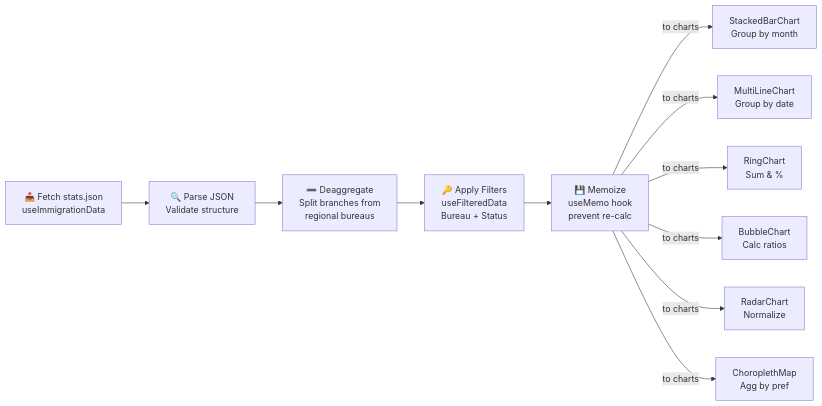
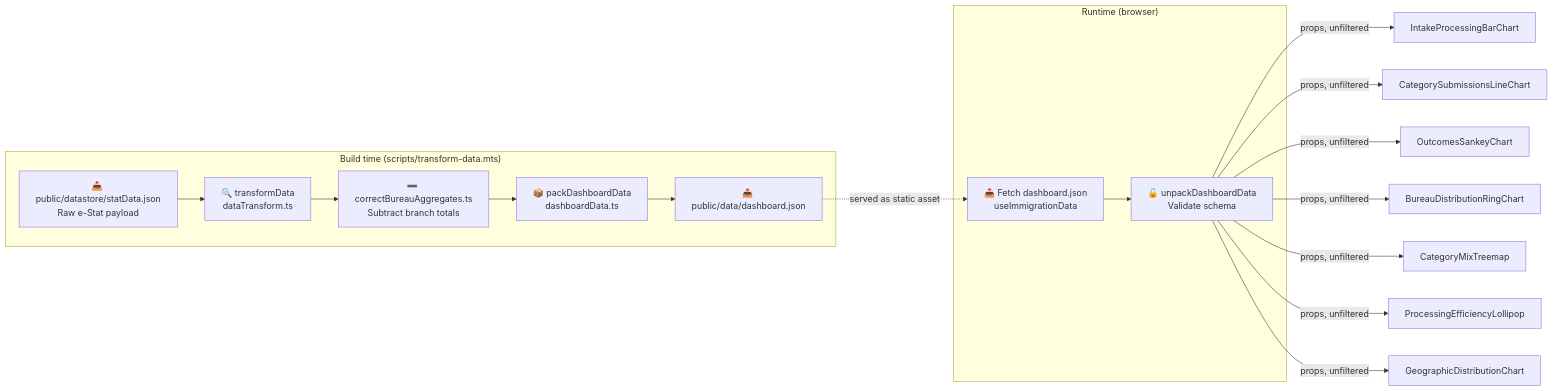
One commit to RetroHazard/JP_Immigration_Dashboard changed the eighth of 16 diagrams in ARCHITECTURE.md. Above: the diagram before and after it, drawn with Mermaid. The commit also changed other lines of this file and 239 other files, not shown here.

````diff
--- a/ARCHITECTURE.md
+++ b/ARCHITECTURE.md
@@ -320,20 +341,32 @@
 ```mermaid
 graph LR
-    FETCH["📥 Fetch stats.json<br/>useImmigrationData"]
-    PARSE["🔍 Parse JSON<br/>Validate structure"]
-    DEAGG["➖ Deaggregate<br/>Split branches from<br/>regional bureaus"]
-    FILTER["🔑 Apply Filters<br/>useFilteredData<br/>Bureau + Status"]
-    CACHE["💾 Memoize<br/>useMemo hook<br/>prevent re-calc"]
+    subgraph "Build time (scripts/transform-data.mts)"
+        RAW["📥 public/datastore/statData.json<br/>Raw e-Stat payload"]
+        FLATTEN["🔍 transformData<br/>dataTransform.ts"]
+        CORRECT["➖ correctBureauAggregates.ts<br/>Subtract branch totals"]
+        PACK["📦 packDashboardData<br/>dashboardData.ts"]
+        OUT["📤 public/data/dashboard.json"]
+        
+        RAW --> FLATTEN
+        FLATTEN --> CORRECT
+        CORRECT --> PACK
+        PACK --> OUT
+    end
     
-    FETCH --> PARSE
-    PARSE --> DEAGG
-    DEAGG --> FILTER
-    FILTER --> CACHE
+    subgraph "Runtime (browser)"
+        FETCH["📥 Fetch dashboard.json<br/>useImmigrationData"]
+        UNPACK["🔓 unpackDashboardData<br/>Validate schema"]
+        
+        FETCH --> UNPACK
+    end
     
-    CACHE -->|to charts| STACKED["StackedBarChart<br/>Group by month"]
-    CACHE -->|to charts| LINE["MultiLineChart<br/>Group by date"]
-    CACHE -->|to charts| RING["RingChart<br/>Sum & %"]
-    CACHE -->|to charts| BUBBLE["BubbleChart<br/>Calc ratios"]
-    CACHE -->|to charts| RADAR["RadarChart<br/>Normalize"]
-    CACHE -->|to charts| MAP["ChoroplethMap<br/>Agg by pref"]
+    OUT -.->|served as static asset| FETCH
+    
+    UNPACK -->|props, unfiltered| INTAKE["IntakeProcessingBarChart"]
+    UNPACK -->|props, unfiltered| TYPES["CategorySubmissionsLineChart"]
+    UNPACK -->|props, unfiltered| OUTCOMES["OutcomesSankeyChart"]
+    UNPACK -->|props, unfiltered| SHARE["BureauDistributionRingChart"]
+    UNPACK -->|props, unfiltered| MIX["CategoryMixTreemap"]
+    UNPACK -->|props, unfiltered| EFFICIENCY["ProcessingEfficiencyLollipop"]
+    UNPACK -->|props, unfiltered| MAP["GeographicDistributionChart"]
 ```
````
